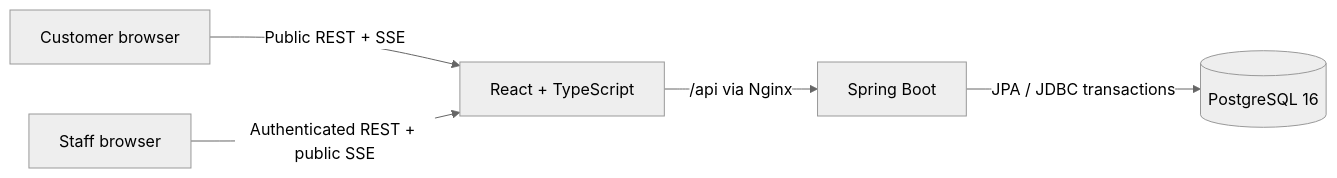
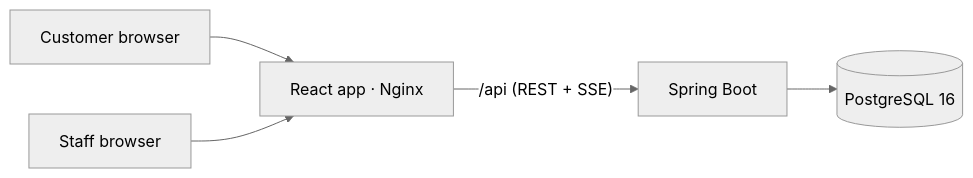
One commit to YashwardhanV/Line-Pilot changed the first of 3 diagrams in docs/ARCHITECTURE.md. Above: the diagram before and after it, drawn with Mermaid (neutral theme). The commit also changed other lines of this file and 2 other files, not shown here.

Commit message:
Fold ER diagram into architecture doc and tighten docs

````diff
--- a/docs/ARCHITECTURE.md
+++ b/docs/ARCHITECTURE.md
@@ -5,7 +3,7 @@
 ```mermaid
 flowchart LR
-    Customer["Customer browser"] -->|"Public REST + SSE"| Frontend["React + TypeScript"]
-    Staff["Staff browser"] -->|"Authenticated REST + public SSE"| Frontend
-    Frontend -->|"/api via Nginx"| Backend["Spring Boot"]
-    Backend -->|"JPA / JDBC transactions"| Postgres[("PostgreSQL 16")]
+    Customer["Customer browser"] --> Nginx["React app · Nginx"]
+    Staff["Staff browser"] --> Nginx
+    Nginx -->|"/api (REST + SSE)"| Boot["Spring Boot"]
+    Boot --> DB[("PostgreSQL 16")]
 ```
````
